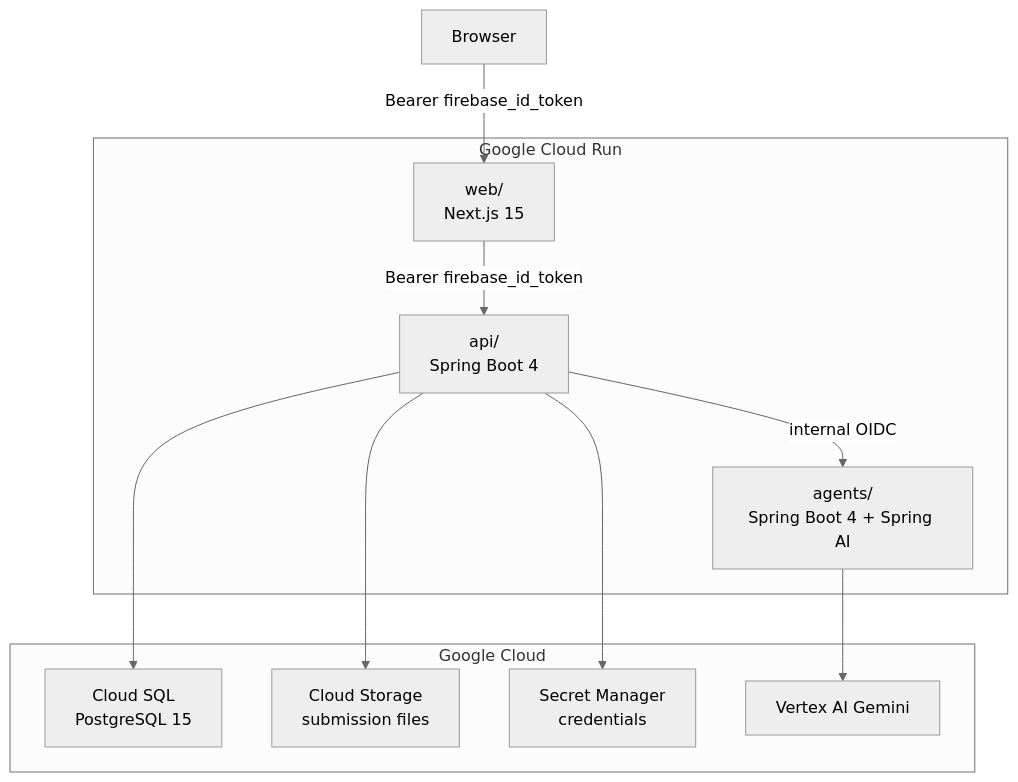
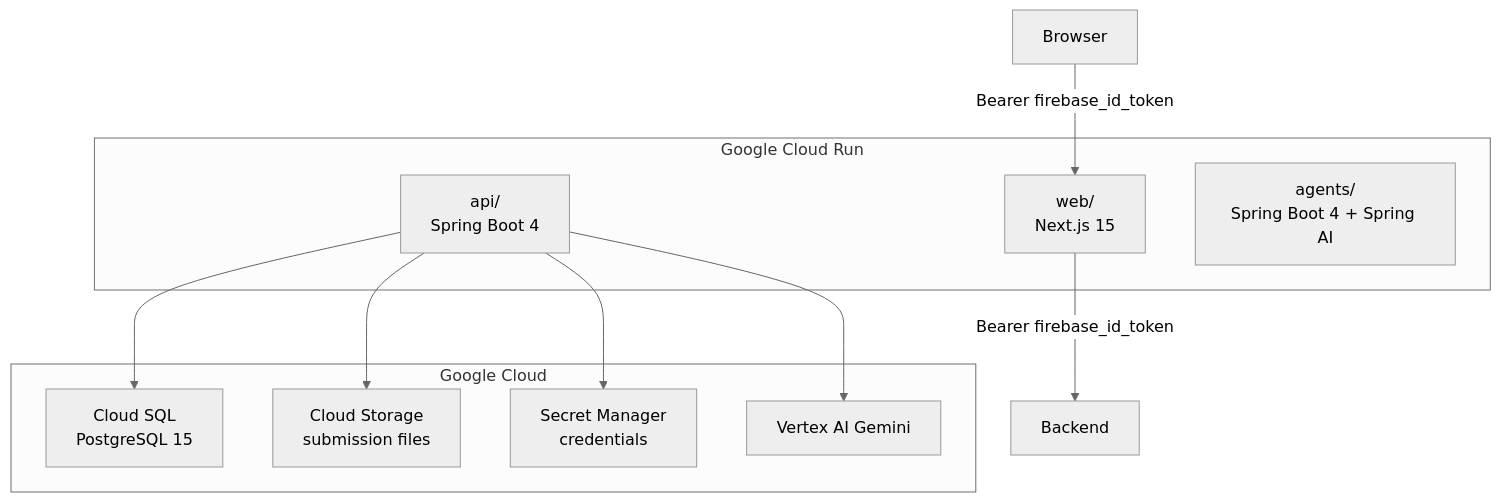
One commit to adumun/grade-ops-ai changed the diagram in README.md. Above: the diagram before and after it, drawn with Mermaid (neutral theme). The commit also changed other lines of this file, not shown here.

Commit message:
docs(readme): document single backend runtime topology

````diff
--- a/README.md
+++ b/README.md
@@ -58,25 +58,24 @@
 ```mermaid
 graph TD
     Browser["Browser"]
 
     subgraph "Google Cloud Run"
         Web["web/\nNext.js 15"]
         API["api/\nSpring Boot 4"]
         Agents["agents/\nSpring Boot 4 + Spring AI"]
     end
 
     subgraph "Google Cloud"
         SQL["Cloud SQL\nPostgreSQL 15"]
         GCS["Cloud Storage\nsubmission files"]
         SM["Secret Manager\ncredentials"]
         Gemini["Vertex AI Gemini"]
     end
 
     Browser -->|"Bearer firebase_id_token"| Web
-    Web -->|"Bearer firebase_id_token"| API
-    API -->|"internal OIDC"| Agents
-    Agents --> Gemini
+    Web -->|"Bearer firebase_id_token"| Backend
+    API --> Gemini
     API --> SQL
     API --> GCS
     API --> SM
 ```
````
